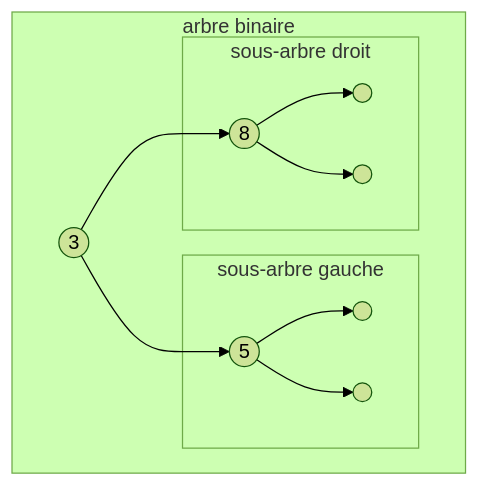
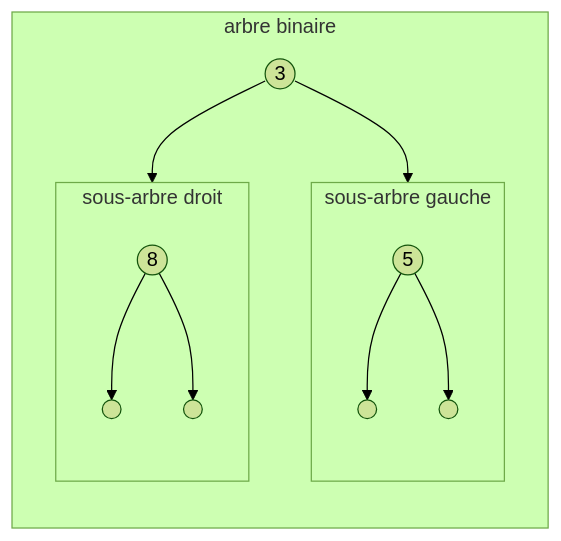
One commit to boddaert/nsi changed the first of 6 diagrams in terminale/Structures_arborescentes_de_données/Arbres_binaires.md. Above: the diagram before and after it, drawn with Mermaid (forest theme).

````diff
--- a/terminale/Structures_arborescentes_de_données/Arbres_binaires.md
+++ b/terminale/Structures_arborescentes_de_données/Arbres_binaires.md
@@ -47,22 +47,25 @@
 ```mermaid
 flowchart TB
     subgraph arbre binaire
-        A((3))
-        subgraph sous-arbre gauche
-        B((5))
-        D((" "))
-        E((" "))
-        B --> D
-        B --> E
+            direction TB
+            A((3))
+            subgraph sous-arbre gauche
+            direction TB
+            B((5))
+            D((" "))
+            E((" "))
+            B --> D
+            B --> E
         end
         subgraph sous-arbre droit
-        C((8))
-        F((" "))
-        G((" "))
-        C --> F
-        C --> G
+            direction TB
+            C((8))
+            F((" "))
+            G((" "))
+            C --> F
+            C --> G
         end
         A --> B
         A --> C
     end
 ```
````
